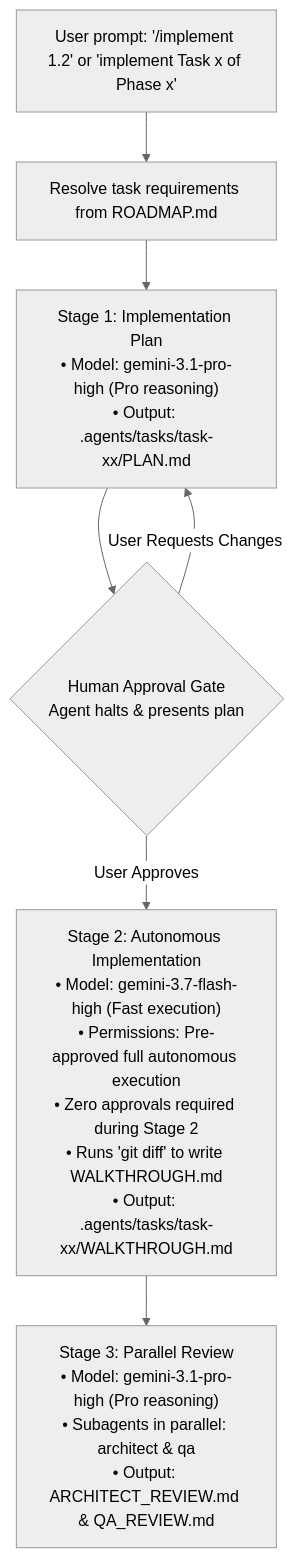
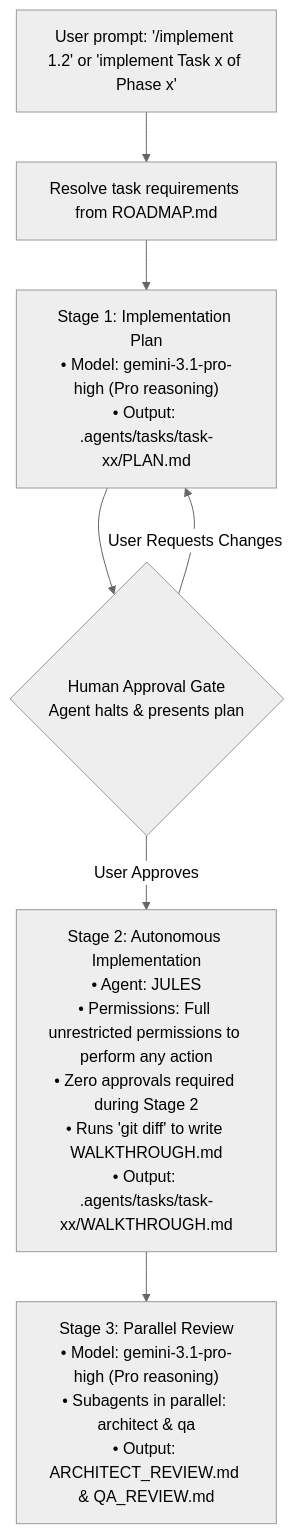
Before and after one commit to aiagentspoc/mcp-server: the diagram in AGENTS.md, drawn with Mermaid (neutral theme). The commit also changed other lines of this file and 6 other files, not shown here.

````diff
--- a/AGENTS.md
+++ b/AGENTS.md
@@ -41,9 +41,9 @@
 ```mermaid
 flowchart TD
     Trigger["User prompt: '/implement 1.2' or 'implement Task x of Phase x'"] --> Resolve["Resolve task requirements from ROADMAP.md"]
     Resolve --> Stage1["Stage 1: Implementation Plan<br/>• Model: gemini-3.1-pro-high (Pro reasoning)<br/>• Output: .agents/tasks/task-xx/PLAN.md"]
     Stage1 --> Gate{"Human Approval Gate<br/>Agent halts & presents plan"}
-    Gate -->|User Approves| Stage2["Stage 2: Autonomous Implementation<br/>• Model: gemini-3.7-flash-high (Fast execution)<br/>• Permissions: Pre-approved full autonomous execution<br/>• Zero approvals required during Stage 2<br/>• Runs 'git diff' to write WALKTHROUGH.md<br/>• Output: .agents/tasks/task-xx/WALKTHROUGH.md"]
+    Gate -->|User Approves| Stage2["Stage 2: Autonomous Implementation<br/>• Agent: JULES<br/>• Permissions: Full unrestricted permissions to perform any action<br/>• Zero approvals required during Stage 2<br/>• Runs 'git diff' to write WALKTHROUGH.md<br/>• Output: .agents/tasks/task-xx/WALKTHROUGH.md"]
     Gate -->|User Requests Changes| Stage1
     Stage2 --> Stage3["Stage 3: Parallel Review<br/>• Model: gemini-3.1-pro-high (Pro reasoning)<br/>• Subagents in parallel: architect & qa<br/>• Output: ARCHITECT_REVIEW.md & QA_REVIEW.md"]
 ```
````
